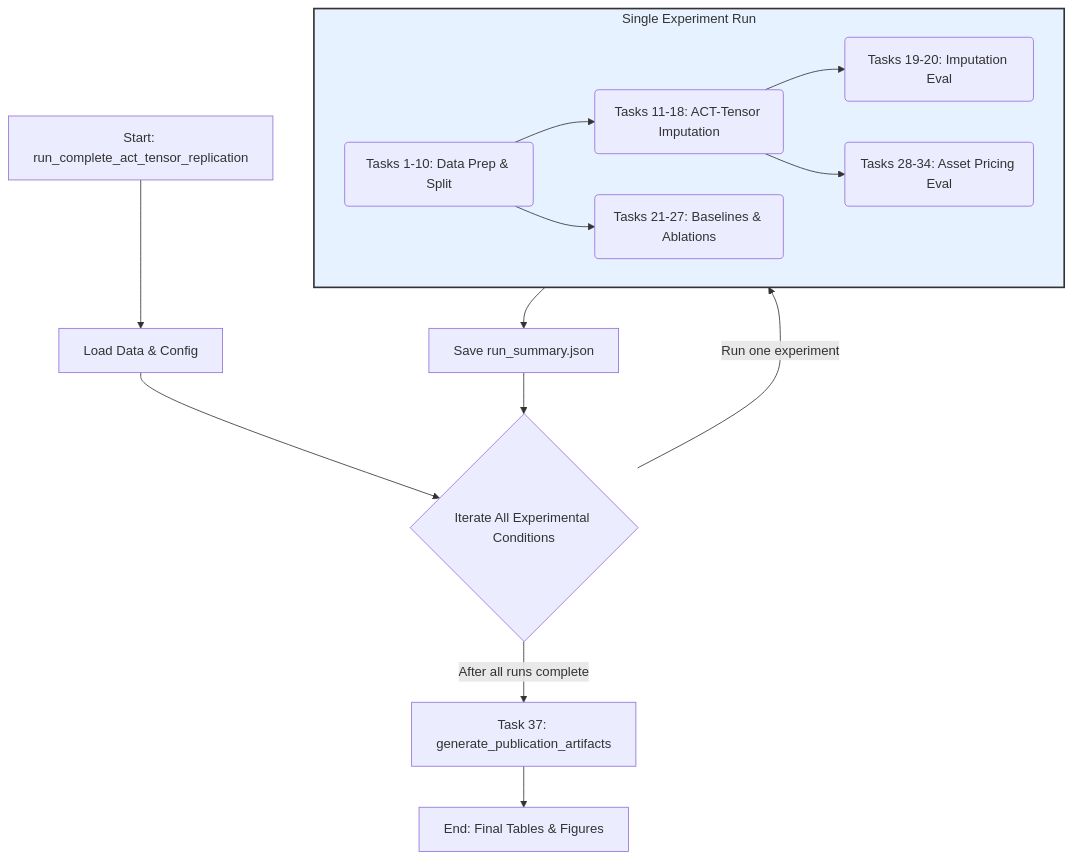
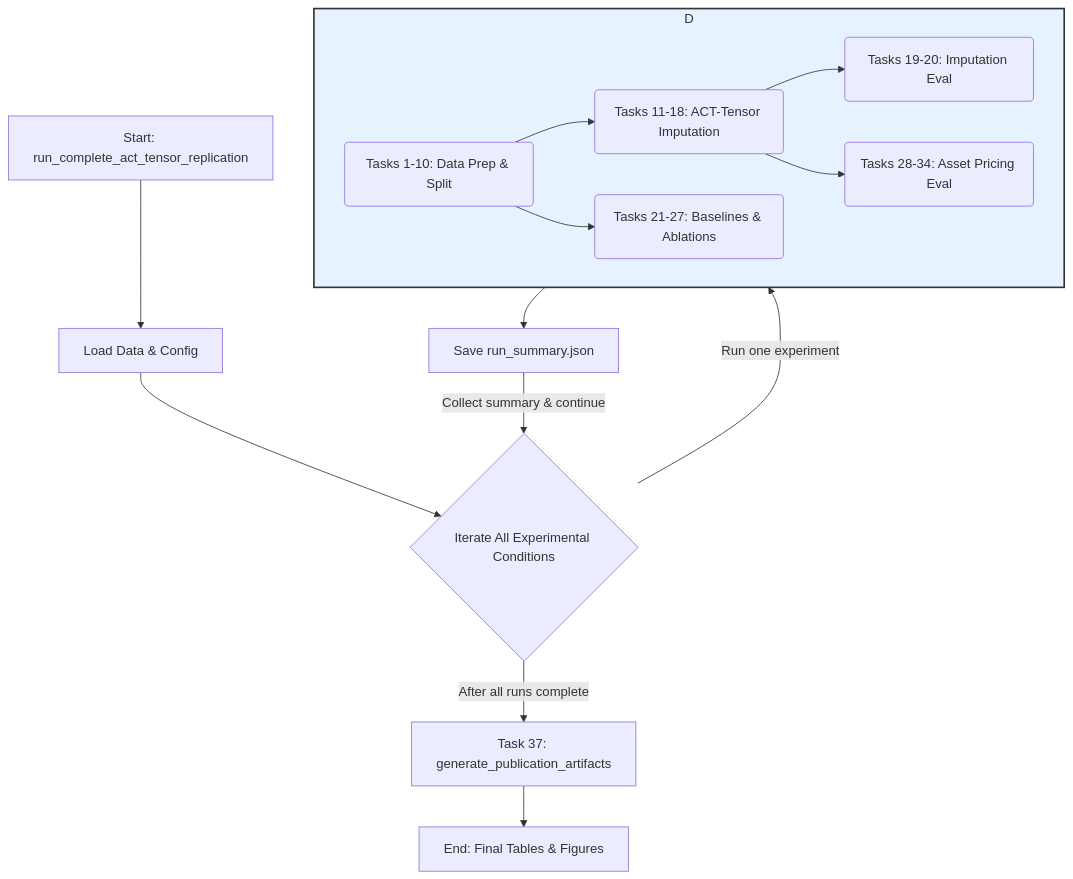
The diagram in README.md (chirindaopensource/act_tensor), drawn with Mermaid before and after one commit.

````diff
--- a/README.md
+++ b/README.md
@@ -134,22 +134,22 @@
 ```mermaid
 graph TD
     A["Start: run_complete_act_tensor_replication"] --> B["Load Data & Config"];
     B --> C{"Iterate All Experimental Conditions"};
-    C -- Run one experiment --> D["Task 35: run_act_tensor_pipeline"];
+    C -- Run one experiment --> D[subgraph Single Experiment Run];
 
-    subgraph D [Single Experiment Run]
+    subgraph D
         direction LR
         D1(Tasks 1-10: Data Prep & Split) --> D2(Tasks 11-18: ACT-Tensor Imputation);
         D2 --> D3(Tasks 19-20: Imputation Eval);
         D2 --> D4(Tasks 28-34: Asset Pricing Eval);
         D1 --> D5(Tasks 21-27: Baselines & Ablations);
     end
 
     D --> E["Save run_summary.json"];
-    E --> C;
+    E -->|"Collect summary & continue"| C;
     C -- After all runs complete --> F["Task 37: generate_publication_artifacts"];
     F --> G["End: Final Tables & Figures"];
 
     %% Style Definitions
     style D fill:#e6f2ff,stroke:#333,stroke-width:2px
 ```
````
